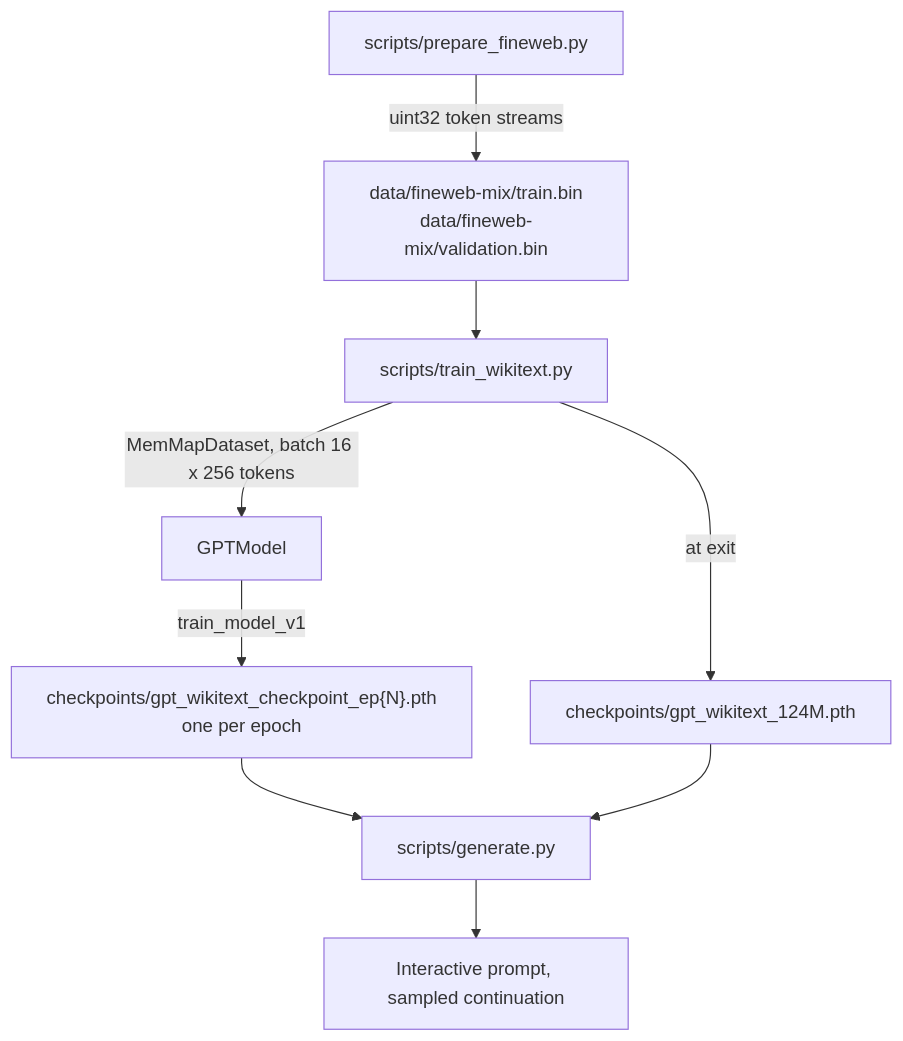
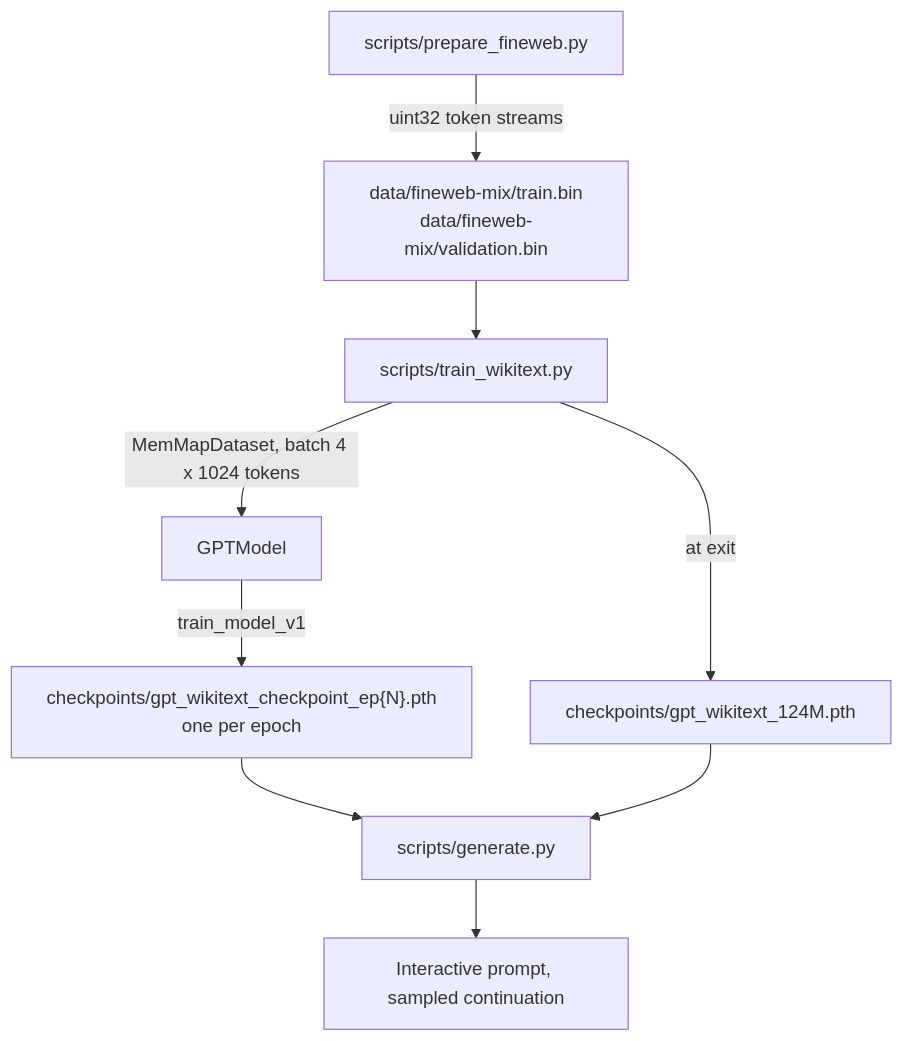
Before and after one commit to crrankyy/mini-llm: the diagram in docs/README.md, drawn with Mermaid. The commit also changed other lines of this file and 8 other files, not shown here.

````diff
--- a/docs/README.md
+++ b/docs/README.md
@@ -45,11 +46,11 @@
 ```mermaid
 flowchart TD
     A[scripts/prepare_fineweb.py] -->|uint32 token streams| B["data/fineweb-mix/train.bin<br/>data/fineweb-mix/validation.bin"]
     B --> C[scripts/train_wikitext.py]
-    C -->|MemMapDataset, batch 16 x 256 tokens| D[GPTModel]
+    C -->|MemMapDataset, batch 4 x 1024 tokens| D[GPTModel]
     D -->|train_model_v1| E["checkpoints/gpt_wikitext_checkpoint_ep{N}.pth<br/>one per epoch"]
     C -->|at exit| F[checkpoints/gpt_wikitext_124M.pth]
     E --> G[scripts/generate.py]
     F --> G
     G --> H[Interactive prompt, sampled continuation]
 ```
````
